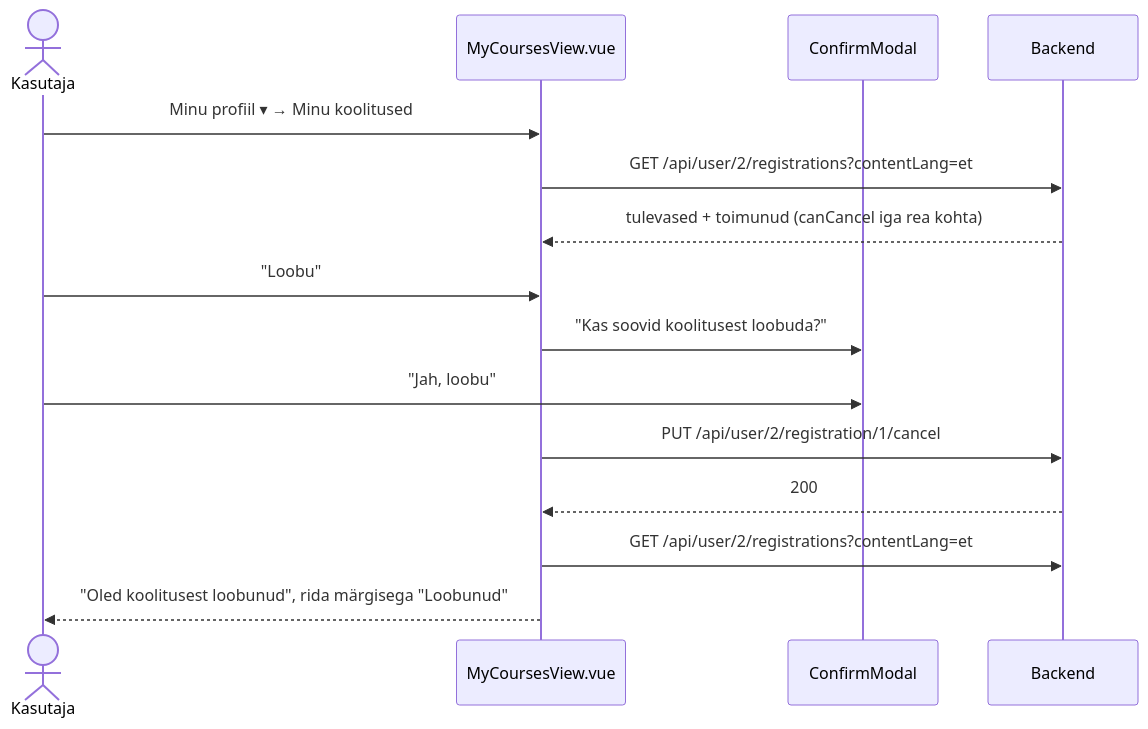
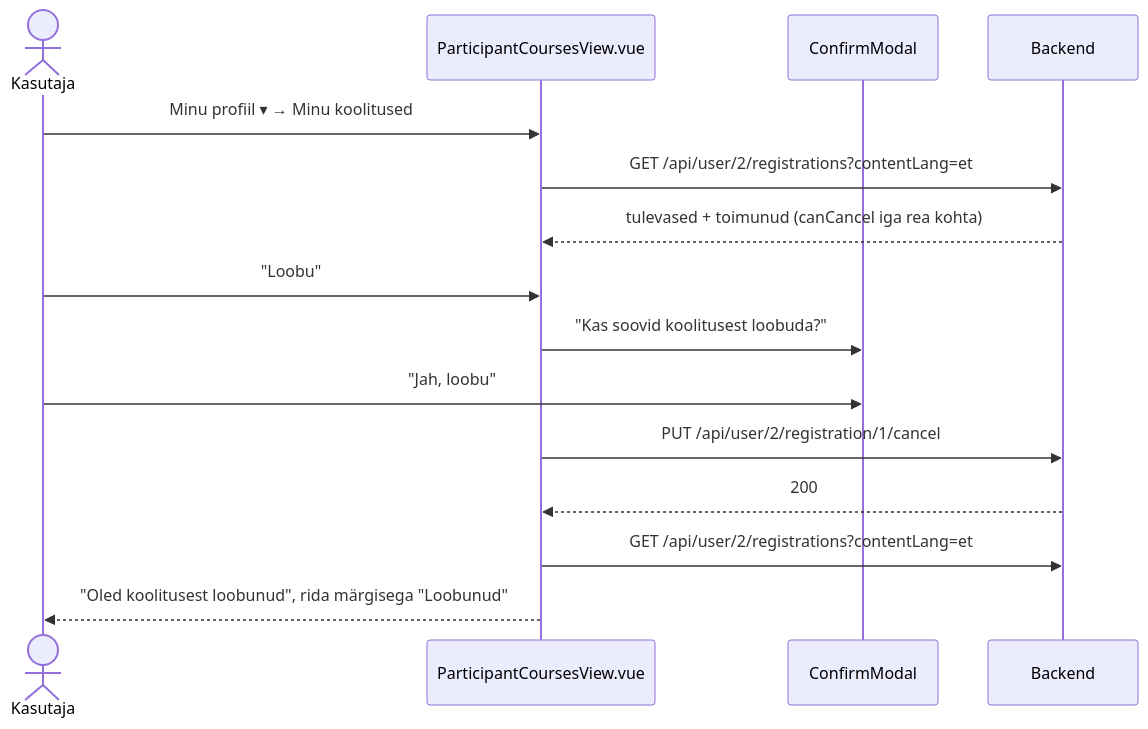
The third of 5 diagrams in docs/mock-wireframe/loo-mock-vaade/profile-view/profile-view-skeemid.md (FredLehing/bcs-koolitused), drawn with Mermaid before and after one commit. The commit also changed other lines of this file and 4 other files, not shown here.

````diff
--- a/docs/mock-wireframe/loo-mock-vaade/profile-view/profile-view-skeemid.md
+++ b/docs/mock-wireframe/loo-mock-vaade/profile-view/profile-view-skeemid.md
@@ -136,18 +137,18 @@
 ```mermaid
 sequenceDiagram
     actor U as Kasutaja
-    participant V as MyCoursesView.vue
+    participant V as ParticipantCoursesView.vue
     participant M as ConfirmModal
     participant BE as Backend
 
     U->>V: Minu profiil ▾ → Minu koolitused
     V->>BE: GET /api/user/2/registrations?contentLang=et
     BE-->>V: tulevased + toimunud (canCancel iga rea kohta)
     U->>V: "Loobu"
     V->>M: "Kas soovid koolitusest loobuda?"
     U->>M: "Jah, loobu"
     V->>BE: PUT /api/user/2/registration/1/cancel
     BE-->>V: 200
     V->>BE: GET /api/user/2/registrations?contentLang=et
     V-->>U: "Oled koolitusest loobunud", rida märgisega "Loobunud"
 ```
````
